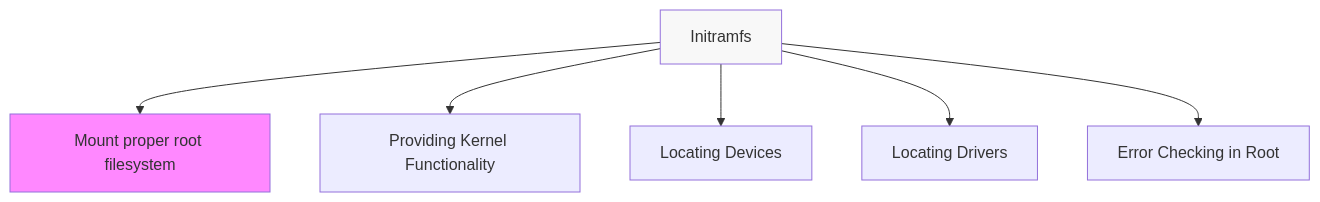
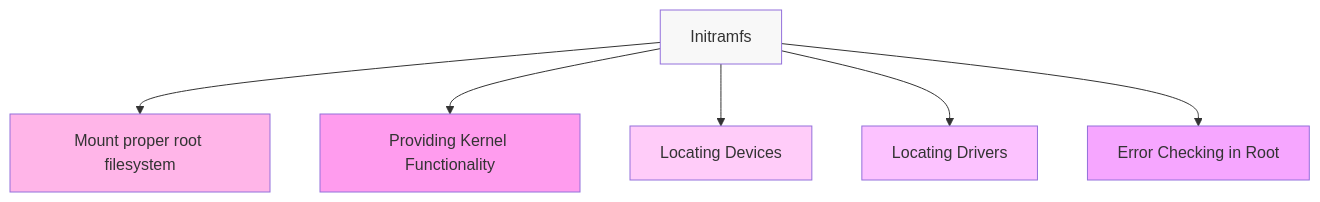
One commit to HorningGit/Rayquaza_Resources changed the third of 3 diagrams in tools/admin/linux/bootprocess.md. Above: the diagram before and after it, drawn with Mermaid.

````diff
--- a/tools/admin/linux/bootprocess.md
+++ b/tools/admin/linux/bootprocess.md
@@ -51,10 +51,14 @@
 ```mermaid
 flowchart TD;
     A[Initramfs]-->B[Mount proper root filesystem]
     A[Initramfs]-->C[Providing Kernel Functionality]
     A[Initramfs]-->D[Locating Devices]
     A[Initramfs]-->E[Locating Drivers]
     A[Initramfs]-->F[Error Checking in Root]
-    style A fill:#f8f8f8
-    style B fill:#f8f
+    style A fill:#F8F8F8
+    style B fill:#FFB5E8
+    style C fill:#FF9CEE
+    style D fill:#FFCCF9
+    style E fill:#FCC2FF
+    style F fill:#F6A6FF
 ```
````
